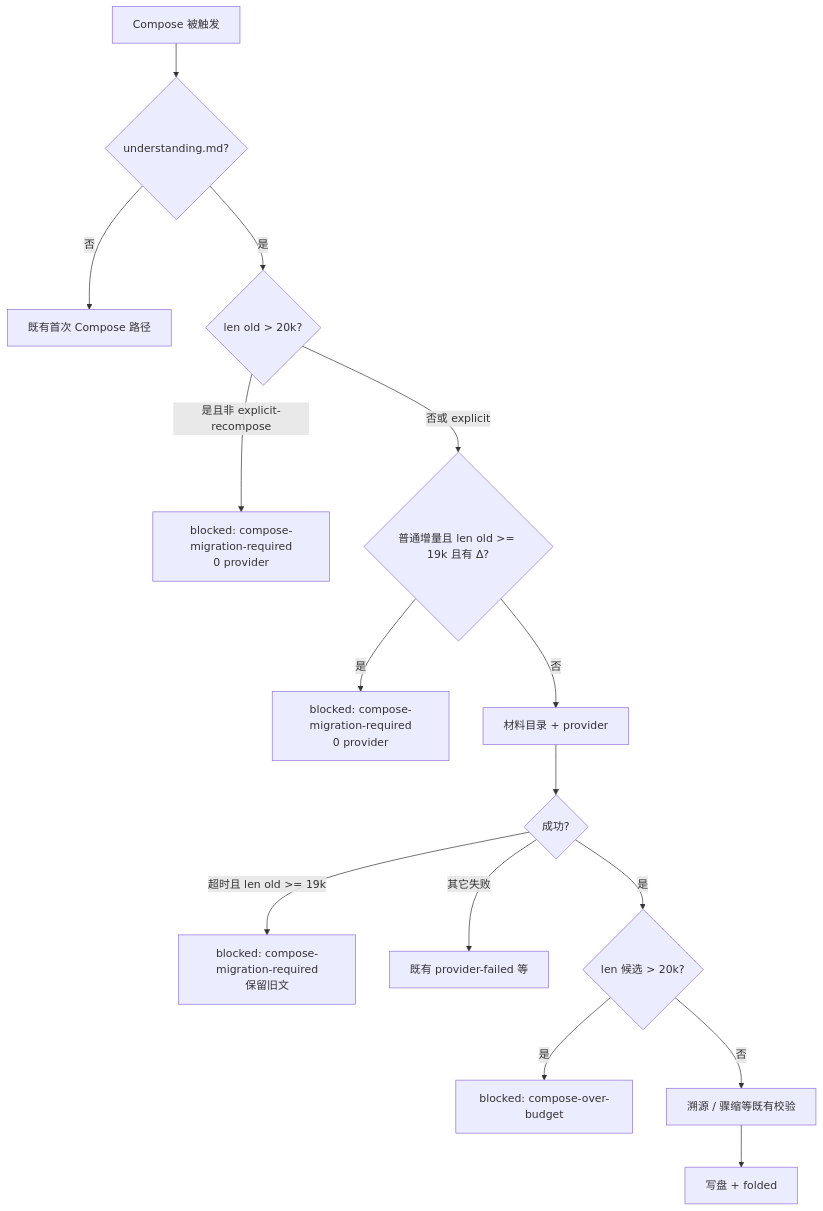
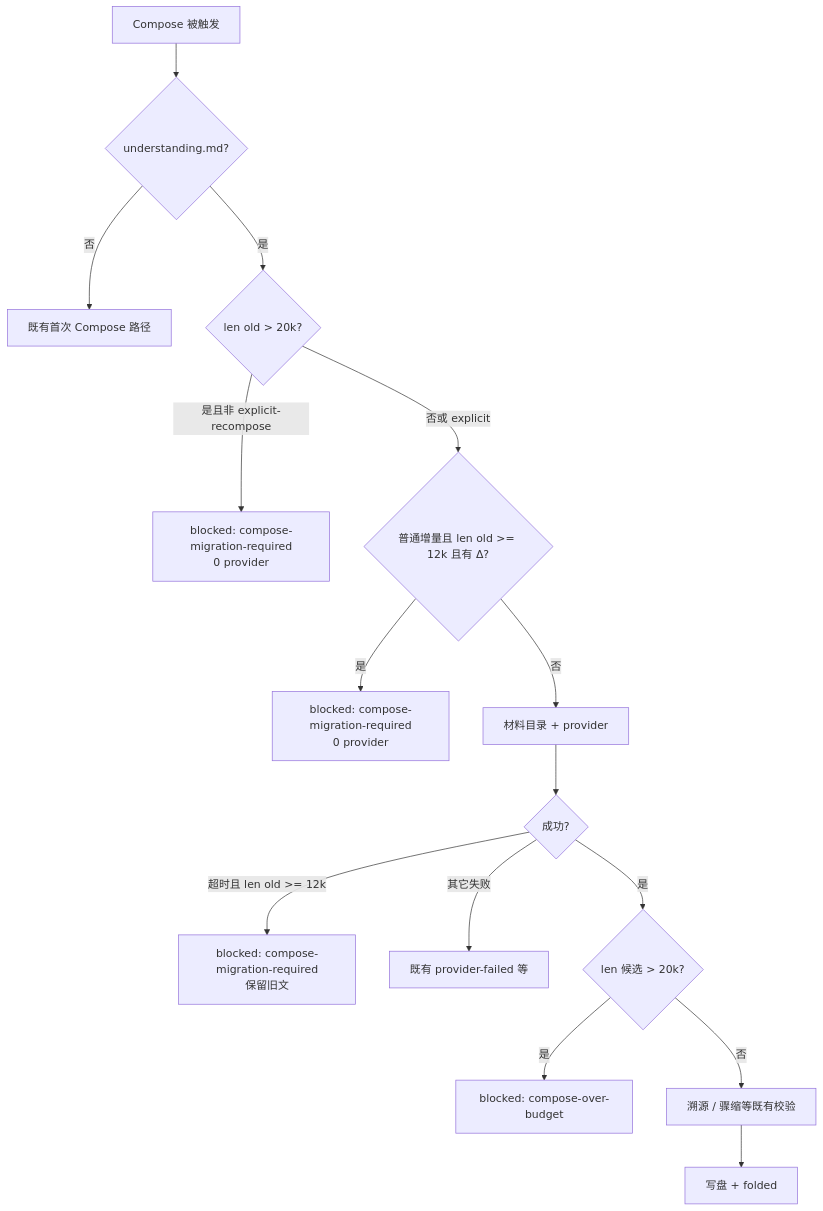
The diagram in docs/design/386-compose-near-limit-timeout.md (xforce-io/kairo), drawn with Mermaid before and after one commit. The commit also changed other lines of this file, not shown here.

````diff
--- a/docs/design/386-compose-near-limit-timeout.md
+++ b/docs/design/386-compose-near-limit-timeout.md
@@ -159,17 +159,17 @@
 ```mermaid
 flowchart TD
   A[Compose 被触发] --> B{understanding.md?}
   B -->|否| Z[既有首次 Compose 路径]
   B -->|是| C{len old > 20k?}
   C -->|是且非 explicit-recompose| M1[blocked: compose-migration-required\n0 provider]
-  C -->|否或 explicit| D{普通增量且 len old >= 19k 且有 Δ?}
+  C -->|否或 explicit| D{普通增量且 len old >= 12k 且有 Δ?}
   D -->|是| M2[blocked: compose-migration-required\n0 provider]
   D -->|否| E[材料目录 + provider]
   E --> F{成功?}
-  F -->|超时且 len old >= 19k| M3[blocked: compose-migration-required\n保留旧文]
+  F -->|超时且 len old >= 12k| M3[blocked: compose-migration-required\n保留旧文]
   F -->|其它失败| P[既有 provider-failed 等]
   F -->|是| G{len 候选 > 20k?}
   G -->|是| O[blocked: compose-over-budget]
   G -->|否| H[溯源 / 骤缩等既有校验]
   H --> W[写盘 + folded]
 ```
````
